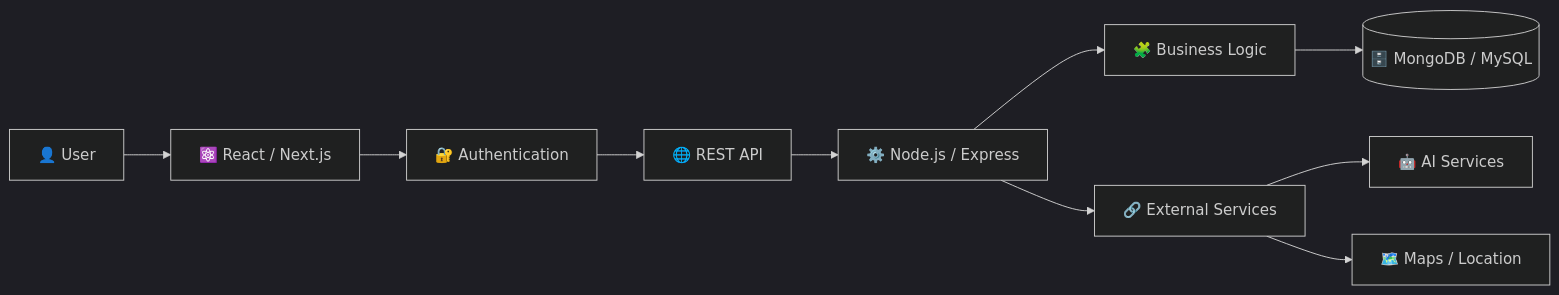
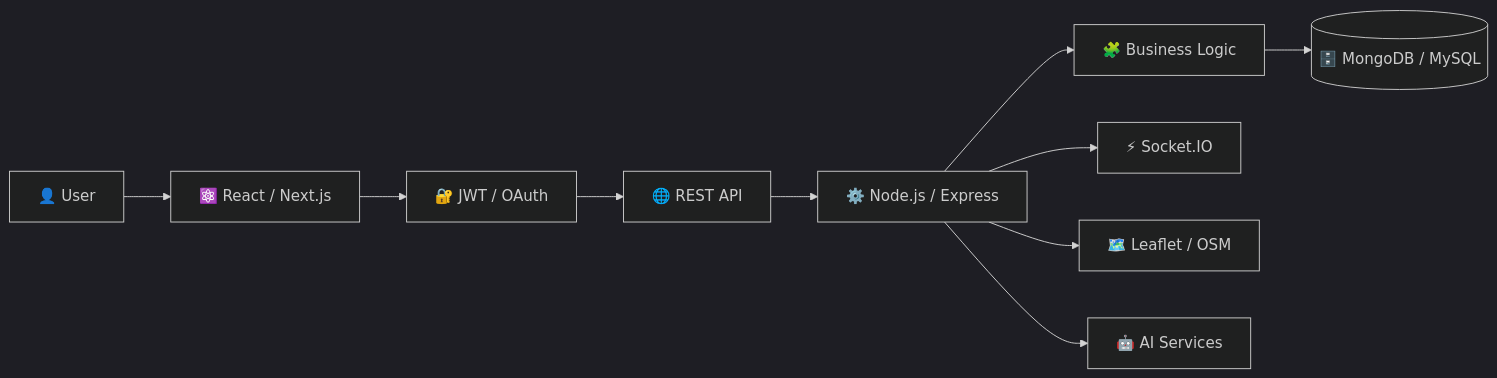
One commit to Jathugulan/Jathugulan changed the first of 3 diagrams in README.md. Above: the diagram before and after it, drawn with Mermaid (dark theme). The commit also changed other lines of this file, not shown here.

````diff
--- a/README.md
+++ b/README.md
@@ -246,33 +340,12 @@
 ```mermaid
 flowchart LR
-
-    USER[👤 User]
-
-    UI[⚛️ React / Next.js]
-
-    AUTH[🔐 Authentication]
-
-    API[🌐 REST API]
-
-    SERVER[⚙️ Node.js / Express]
-
-    LOGIC[🧩 Business Logic]
-
-    DB[(🗄️ MongoDB / MySQL)]
-
-    SERVICES[🔗 External Services]
-
-    AI[🤖 AI Services]
-
-    MAPS[🗺️ Maps / Location]
-
-    USER --> UI
-    UI --> AUTH
-    AUTH --> API
-    API --> SERVER
-    SERVER --> LOGIC
-    LOGIC --> DB
-    SERVER --> SERVICES
-    SERVICES --> AI
-    SERVICES --> MAPS
+    USER[👤 User] --> UI[⚛️ React / Next.js]
+    UI --> AUTH[🔐 JWT / OAuth]
+    AUTH --> API[🌐 REST API]
+    API --> SERVER[⚙️ Node.js / Express]
+    SERVER --> LOGIC[🧩 Business Logic]
+    LOGIC --> DB[(🗄️ MongoDB / MySQL)]
+    SERVER --> REALTIME[⚡ Socket.IO]
+    SERVER --> MAPS[🗺️ Leaflet / OSM]
+    SERVER --> AI[🤖 AI Services]
 ```
````
